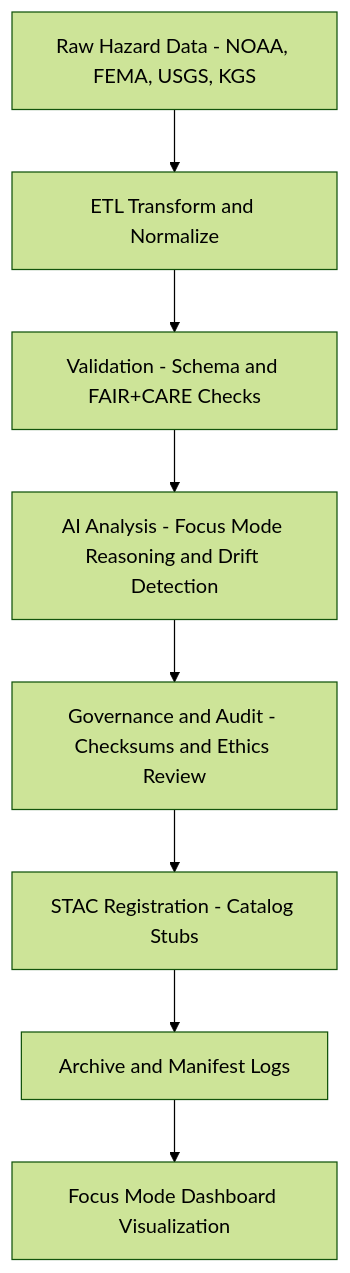
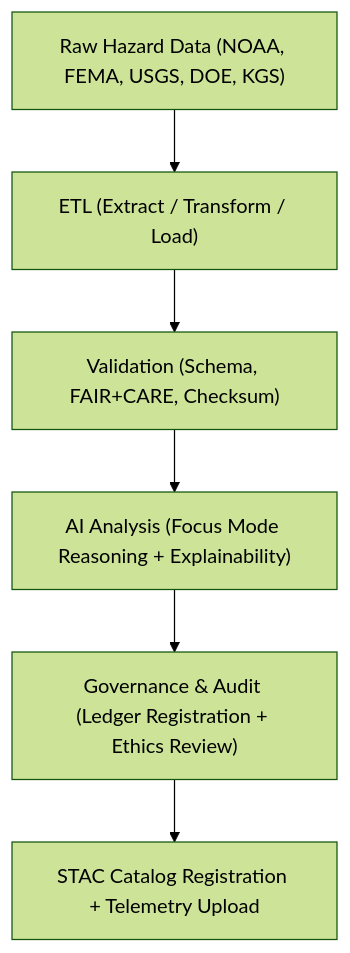
One commit to bartytime4life/Kansas-Frontier-Matrix changed the diagram in data/work/tmp/hazards/README.md. Above: the diagram before and after it, drawn with Mermaid (forest theme). The commit also changed other lines of this file, not shown here.

````diff
--- a/data/work/tmp/hazards/README.md
+++ b/data/work/tmp/hazards/README.md
@@ -86,10 +90,8 @@
 ```mermaid
 flowchart TD
-    A["Raw Hazard Data - NOAA, FEMA, USGS, KGS"] --> B["ETL Transform and Normalize"]
-    B --> C["Validation - Schema and FAIR+CARE Checks"]
-    C --> D["AI Analysis - Focus Mode Reasoning and Drift Detection"]
-    D --> E["Governance and Audit - Checksums and Ethics Review"]
-    E --> F["STAC Registration - Catalog Stubs"]
-    F --> G["Archive and Manifest Logs"]
-    G --> H["Focus Mode Dashboard Visualization"]
+    A["Raw Hazard Data (NOAA, FEMA, USGS, DOE, KGS)"] --> B["ETL (Extract / Transform / Load)"]
+    B --> C["Validation (Schema, FAIR+CARE, Checksum)"]
+    C --> D["AI Analysis (Focus Mode Reasoning + Explainability)"]
+    D --> E["Governance & Audit (Ledger Registration + Ethics Review)"]
+    E --> F["STAC Catalog Registration + Telemetry Upload"]
 ```
````
